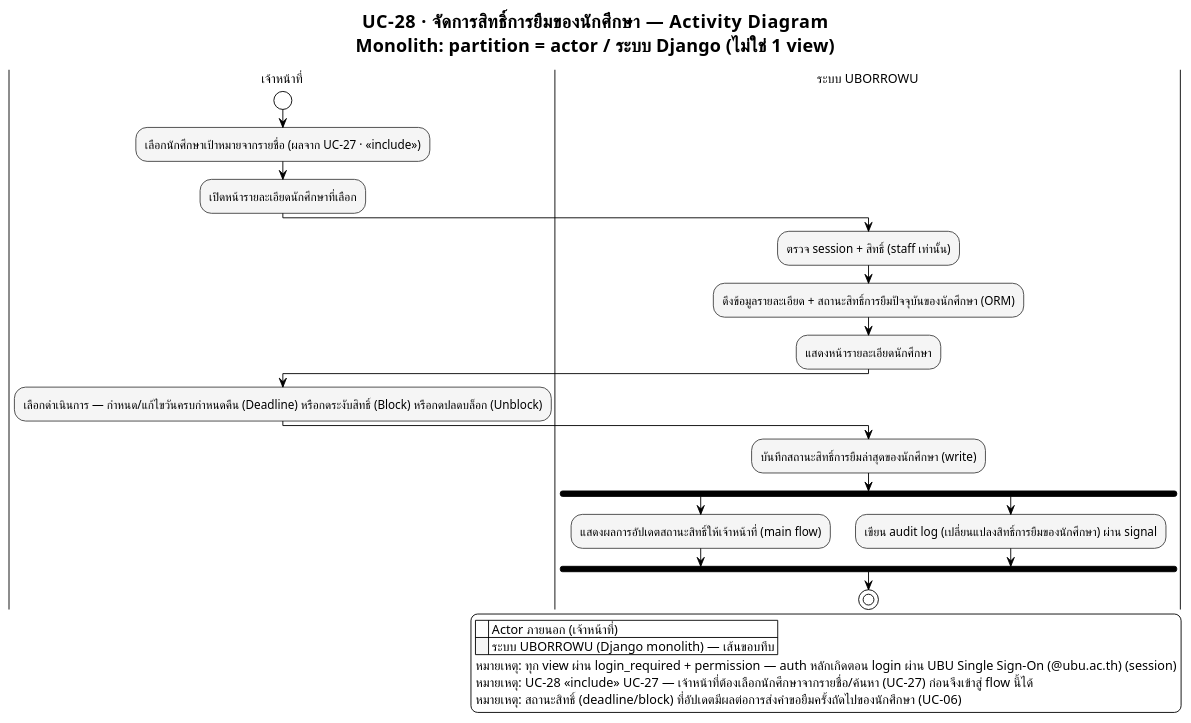
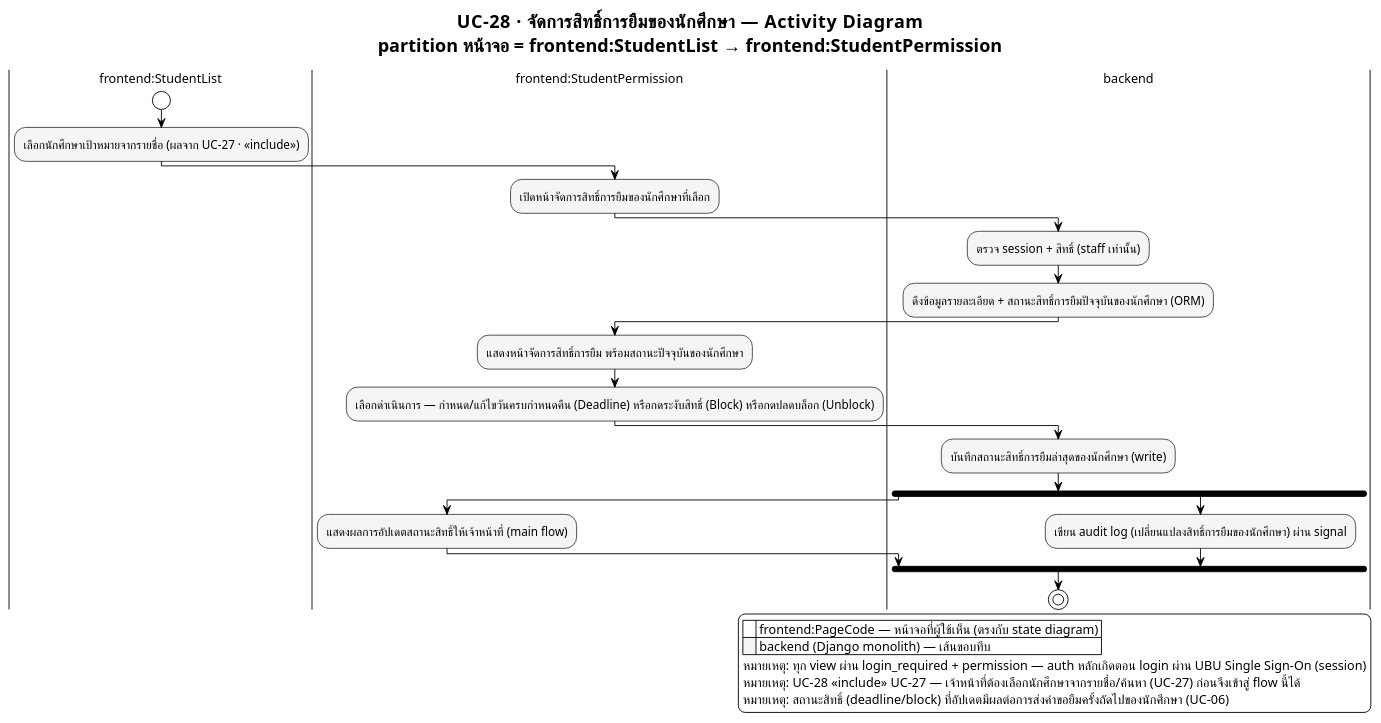
One commit to patlnwza-007/project-2569 changed the diagram in proposal/usecase/activity_module8_uc28.puml. Above: the diagram before and after it, drawn with PlantUML. The commit also changed 46 other files, not shown here.

First line of the commit message:
Rework UI state/activity diagrams onto frontend:PageCode/backend convention

```diff
--- a/proposal/usecase/activity_module8_uc28.puml
+++ b/proposal/usecase/activity_module8_uc28.puml
@@ -1,78 +1,82 @@
 @startuml activity_module8_uc28
 ' ══════════════════════════════════════════════════════════════════
 ' รองรับภาษาไทย — อ่านก่อน render:
 ' 1. บันทึกไฟล์นี้เป็น UTF-8 (ไม่ต้องมี BOM) เสมอ
 ' 2. ถ้า render ผ่าน CLI (plantuml.jar) ต้องระบุ flag encoding ด้วย:
 '      java -Dfile.encoding=UTF-8 -jar plantuml.jar -charset UTF-8 activity_staff_student_manage_student_borrow_permission.puml
 ' 3. บังคับใช้ Smetana (pure-Java layout engine) แทน Graphviz/dot
 '    เพราะ Graphviz บางระบบ (โดยเฉพาะ Windows) อ่าน UTF-8 ไม่ตรง ทำให้ตัวอักษรไทยเพี้ยน/หาย
 !pragma layout smetana
 ' 4. ฟอนต์ที่มีสระ/วรรณยุกต์ไทยครบและ render ผ่าน Java ได้เสถียร
 '    - Windows: "TH Sarabun New" (ฟอนต์มาตรฐานราชการ) หรือ "Tahoma" (มากับเครื่องอยู่แล้ว)
 '    - Linux / PlantUML online server: เปลี่ยนเป็น "Noto Sans Thai" หรือ "Loma"
 skinparam defaultFontName "TH Sarabun New"
 skinparam defaultFontSize 14
 ' ══════════════════════════════════════════════════════════════════
 
 !theme plain
 skinparam titleFontName "TH Sarabun New"
 skinparam titleFontSize 20
 skinparam noteFontName "TH Sarabun New"
 skinparam ArrowFontName "TH Sarabun New"
 skinparam ArrowFontSize 12
 skinparam swimlaneTitleFontName "TH Sarabun New"
 skinparam swimlaneTitleFontSize 14
 
 ' ===== Monochrome เท่านั้น — ห้ามให้แต่ละ partition มีสีต่างกัน =====
 skinparam activity {
   BackgroundColor #F5F5F5
   BorderColor #424242
   FontName "TH Sarabun New"
   FontSize 13
   DiamondBackgroundColor #FAFAFA
   DiamondBorderColor #616161
 }
 skinparam partition {
   BackgroundColor #FAFAFA
   BorderColor #424242
 }
 
-title UC-28 · จัดการสิทธิ์การยืมของนักศึกษา — Activity Diagram\nMonolith: partition = actor / ระบบ Django (ไม่ใช่ 1 view)
+title UC-28 · จัดการสิทธิ์การยืมของนักศึกษา — Activity Diagram\npartition หน้าจอ = frontend:StudentList → frontend:StudentPermission
 
-' หมายเหตุ: สมมติว่าเจ้าหน้าที่ login แล้ว (session ผ่าน allauth) — ไม่ต้องวาด OAuth ซ้ำใน flow นี้
+' หมายเหตุ: สมมติว่าเจ้าหน้าที่ login แล้ว (session) — ไม่ต้องวาด OAuth/SSO ซ้ำใน flow นี้
 ' หมายเหตุ: UC นี้ <<include>> UC-27 (ดูและค้นหารายชื่อนักศึกษา) — ขั้นตอนแรก "เลือกนักศึกษาจากรายชื่อ" คือผลของ UC-27
 ' จึงแสดงเป็นกิจกรรมปกติขั้นตอนแรกในไดอะแกรมนี้ ไม่ต้องวาดไดอะแกรมของ UC-27 ซ้ำ
 
-|เจ้าหน้าที่|
+|frontend:StudentList|
 start
 :เลือกนักศึกษาเป้าหมายจากรายชื่อ (ผลจาก UC-27 · <<include>>);
-:เปิดหน้ารายละเอียดนักศึกษาที่เลือก;
 
-|ระบบ UBORROWU|
+|frontend:StudentPermission|
+:เปิดหน้าจัดการสิทธิ์การยืมของนักศึกษาที่เลือก;
+
+|backend|
 :ตรวจ session + สิทธิ์ (staff เท่านั้น);
 :ดึงข้อมูลรายละเอียด + สถานะสิทธิ์การยืมปัจจุบันของนักศึกษา (ORM);
-:แสดงหน้ารายละเอียดนักศึกษา;
 
-|เจ้าหน้าที่|
+|frontend:StudentPermission|
+:แสดงหน้าจัดการสิทธิ์การยืม พร้อมสถานะปัจจุบันของนักศึกษา;
 :เลือกดำเนินการ — กำหนด/แก้ไขวันครบกำหนดคืน (Deadline) หรือกดระงับสิทธิ์ (Block) หรือกดปลดบล็อก (Unblock);
 
-|ระบบ UBORROWU|
+|backend|
 :บันทึกสถานะสิทธิ์การยืมล่าสุดของนักศึกษา (write);
 
 fork
+  |frontend:StudentPermission|
   :แสดงผลการอัปเดตสถานะสิทธิ์ให้เจ้าหน้าที่ (main flow);
 fork again
+  |backend|
   :เขียน audit log (เปลี่ยนแปลงสิทธิ์การยืมของนักศึกษา) ผ่าน signal;
 end fork
 
 stop
 
 legend right
-  |<back:white>    </back>| Actor ภายนอก (เจ้าหน้าที่) |
-  |<back:#F5F5F5>    </back>| ระบบ UBORROWU (Django monolith) — เส้นขอบทึบ |
-  หมายเหตุ: ทุก view ผ่าน login_required + permission — auth หลักเกิดตอน login ผ่าน UBU Single Sign-On (@ubu.ac.th) (session)
+  |<back:white>    </back>| frontend:PageCode — หน้าจอที่ผู้ใช้เห็น (ตรงกับ state diagram) |
+  |<back:#F5F5F5>    </back>| backend (Django monolith) — เส้นขอบทึบ |
+  หมายเหตุ: ทุก view ผ่าน login_required + permission — auth หลักเกิดตอน login ผ่าน UBU Single Sign-On (session)
   หมายเหตุ: UC-28 <<include>> UC-27 — เจ้าหน้าที่ต้องเลือกนักศึกษาจากรายชื่อ/ค้นหา (UC-27) ก่อนจึงเข้าสู่ flow นี้ได้
   หมายเหตุ: สถานะสิทธิ์ (deadline/block) ที่อัปเดตมีผลต่อการส่งคำขอยืมครั้งถัดไปของนักศึกษา (UC-06)
 endlegend
 
 @enduml
```
